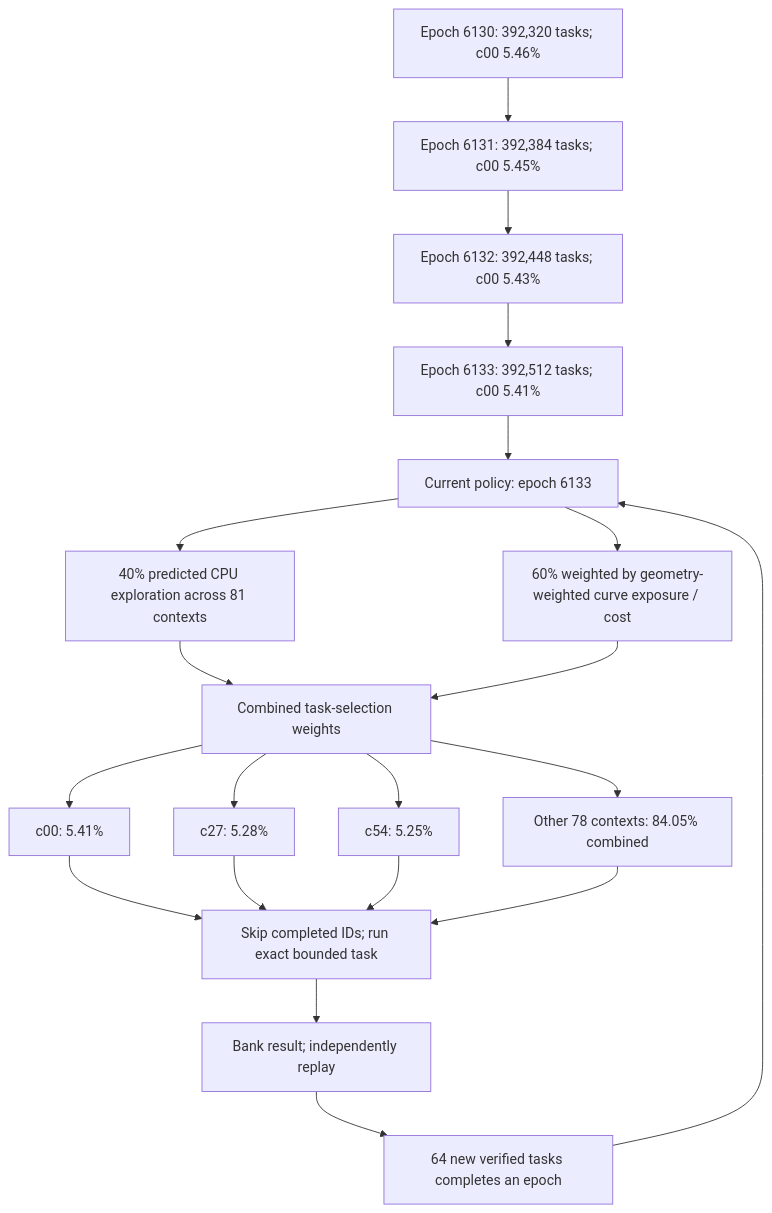
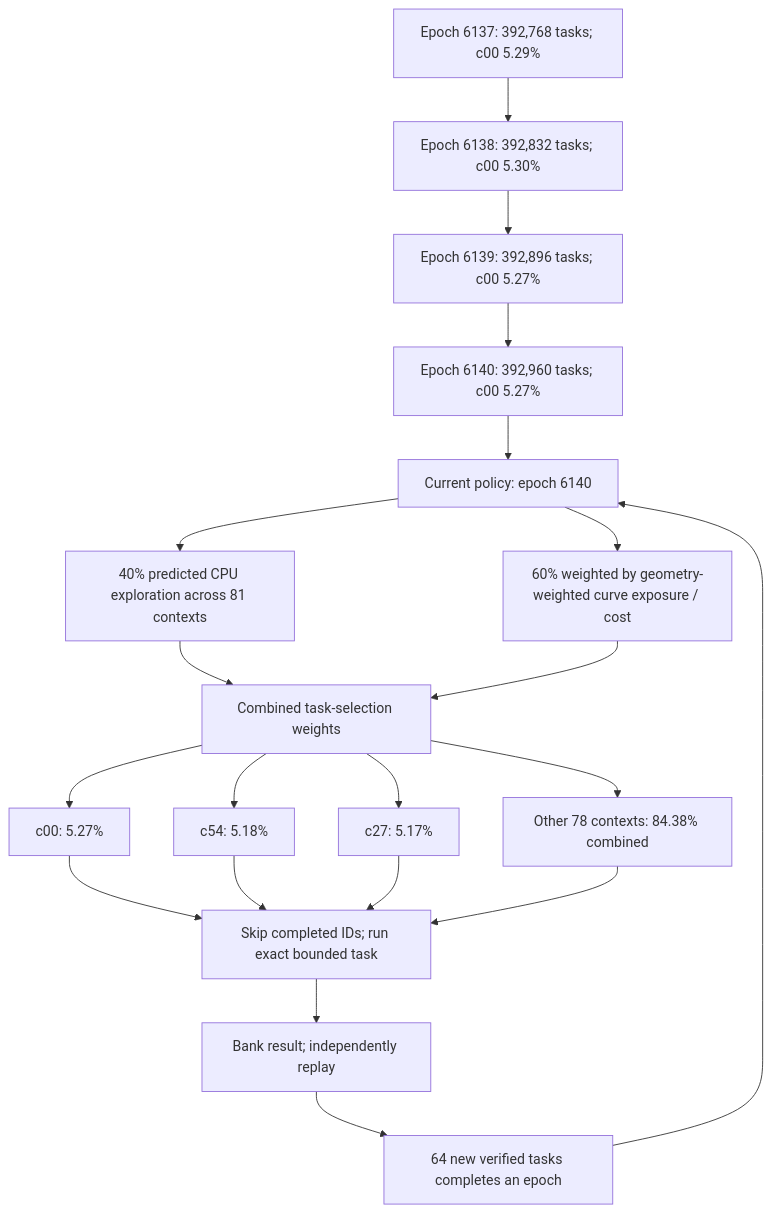
The first of 4 diagrams in README.md (Kuberwastaken/math-gambling), drawn with Mermaid before and after one commit. The commit also changed other lines of this file and 1018 other files, not shown here.

````diff
--- a/README.md
+++ b/README.md
@@ -60,27 +60,27 @@
 ```mermaid
 flowchart TD
-    H0["Epoch 6130: 392,320 tasks; c00 5.46%"]
-    H1["Epoch 6131: 392,384 tasks; c00 5.45%"]
+    H0["Epoch 6137: 392,768 tasks; c00 5.29%"]
+    H1["Epoch 6138: 392,832 tasks; c00 5.30%"]
     H0 --> H1
-    H2["Epoch 6132: 392,448 tasks; c00 5.43%"]
+    H2["Epoch 6139: 392,896 tasks; c00 5.27%"]
     H1 --> H2
-    H3["Epoch 6133: 392,512 tasks; c00 5.41%"]
+    H3["Epoch 6140: 392,960 tasks; c00 5.27%"]
     H2 --> H3
-    Policy["Current policy: epoch 6133"]
+    Policy["Current policy: epoch 6140"]
     H3 --> Policy
     Policy --> Explore["40% predicted CPU exploration across 81 contexts"]
     Policy --> Cost["60% weighted by geometry-weighted curve exposure / cost"]
     Explore --> Mix["Combined task-selection weights"]
     Cost --> Mix
-    Mix --> C0["c00: 5.41%"]
-    Mix --> C1["c27: 5.28%"]
-    Mix --> C2["c54: 5.25%"]
-    Mix --> Rest["Other 78 contexts: 84.05% combined"]
+    Mix --> C0["c00: 5.27%"]
+    Mix --> C1["c54: 5.18%"]
+    Mix --> C2["c27: 5.17%"]
+    Mix --> Rest["Other 78 contexts: 84.38% combined"]
     C0 --> Check["Skip completed IDs; run exact bounded task"]
     C1 --> Check
     C2 --> Check
     Rest --> Check
     Check --> Replay["Bank result; independently replay"]
     Replay --> Gate["64 new verified tasks completes an epoch"]
     Gate --> Policy
 ```
````
